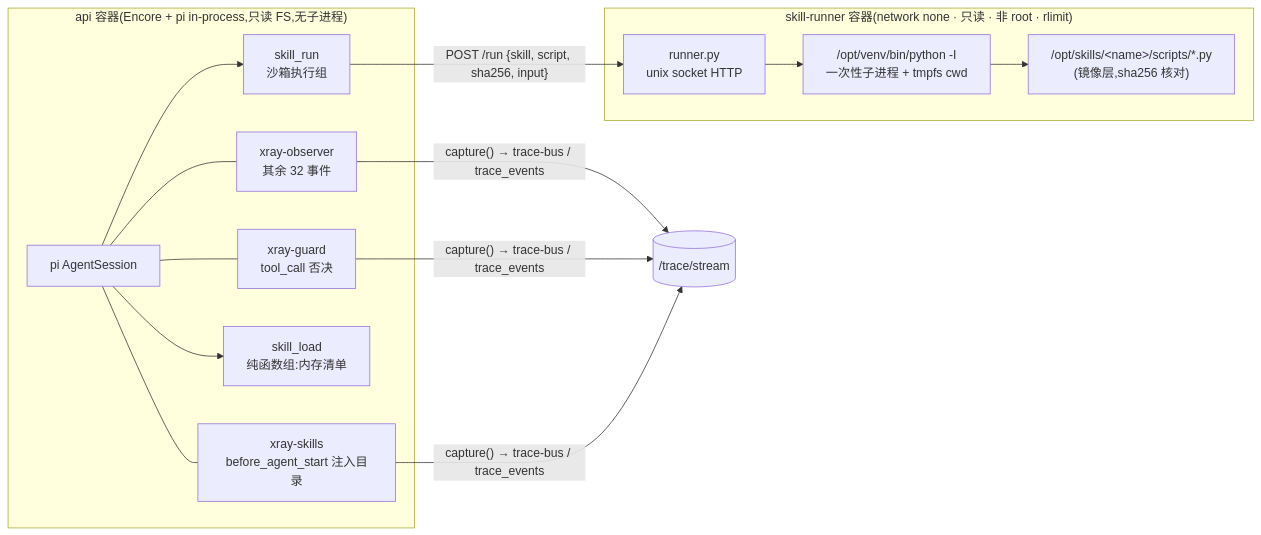
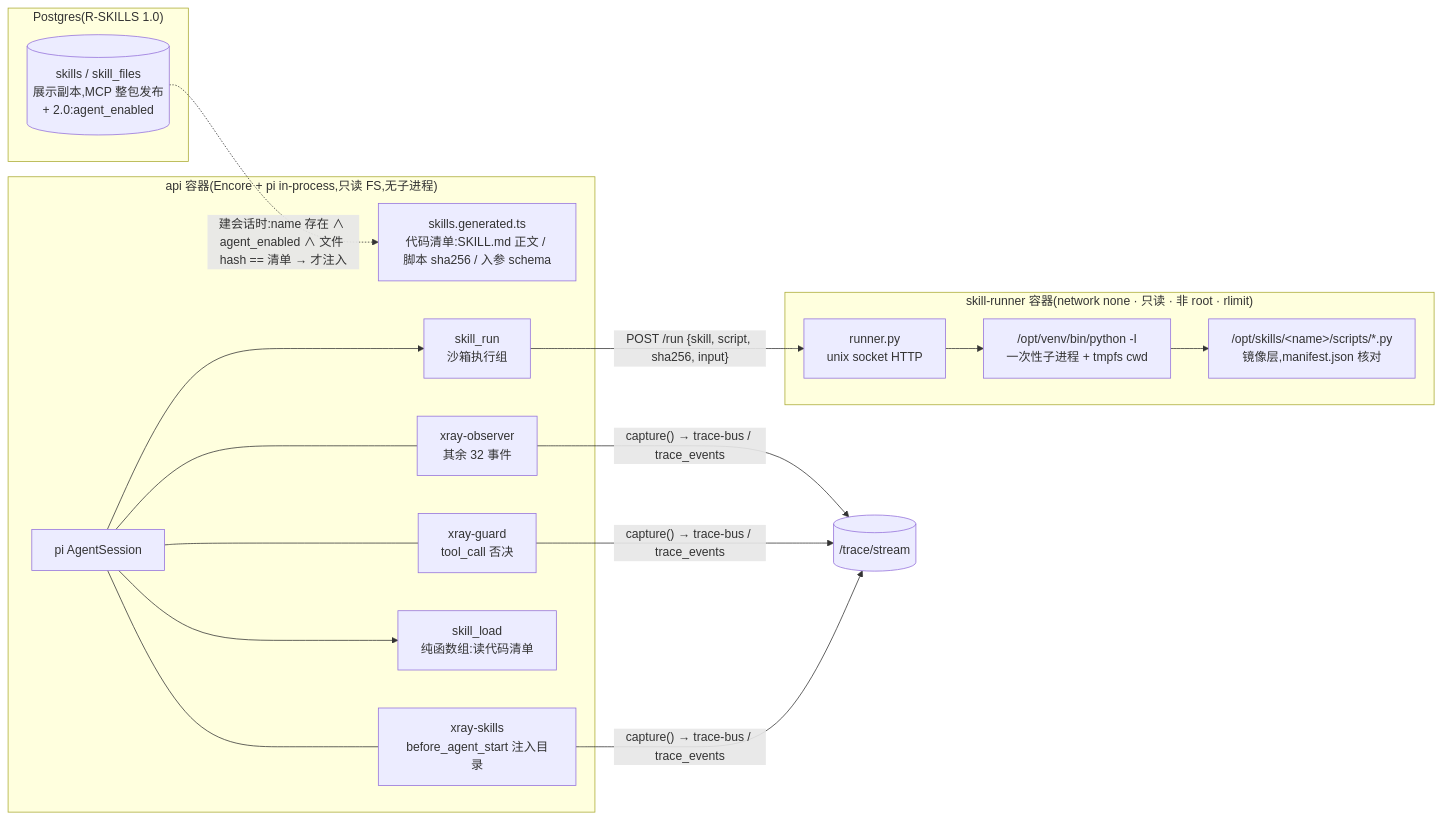
The diagram in rounds/round-skills/research.md (ClickPM/agent-xray), drawn with Mermaid before and after one commit. The commit also changed other lines of this file and 8 other files, not shown here.

First line of the commit message:
docs(round-skills-2): 落所有者七条裁定 —— agent 使用 skills(注入 + 沙箱运行)作为 round-skills 的 2.0 迭代(未写代码)

````diff
--- a/rounds/round-skills/research.md
+++ b/rounds/round-skills/research.md
@@ -49,22 +45,26 @@
 ```mermaid
 flowchart LR
+  subgraph db["Postgres(R-SKILLS 1.0)"]
+    T[(skills / skill_files<br/>展示副本,MCP 整包发布<br/>+ 2.0:agent_enabled)]
+  end
   subgraph api["api 容器(Encore + pi in-process,只读 FS,无子进程)"]
+    M["skills.generated.ts<br/>代码清单:SKILL.md 正文 / 脚本 sha256 / 入参 schema"]
     P[pi AgentSession]
     S[xray-skills<br/>before_agent_start 注入目录]
     O[xray-observer<br/>其余 32 事件]
     G[xray-guard<br/>tool_call 否决]
-    L[skill_load<br/>纯函数组:内存清单]
+    L[skill_load<br/>纯函数组:读代码清单]
     R[skill_run<br/>沙箱执行组]
     P --- S & O & G
-    P --> L
-    P --> R
+    P --> L & R
   end
   subgraph runner["skill-runner 容器(network none · 只读 · 非 root · rlimit)"]
     H[runner.py<br/>unix socket HTTP]
     V["/opt/venv/bin/python -I<br/>一次性子进程 + tmpfs cwd"]
-    K["/opt/skills/&lt;name&gt;/scripts/*.py<br/>(镜像层,sha256 核对)"]
+    K["/opt/skills/&lt;name&gt;/scripts/*.py<br/>镜像层,manifest.json 核对"]
     H --> V --> K
   end
+  T -. "建会话时:name 存在 ∧ agent_enabled ∧ 文件 hash == 清单 → 才注入" .-> M
   R -- "POST /run {skill, script, sha256, input}" --> H
-  O & G & S -- "capture() → trace-bus / trace_events" --> T[(/trace/stream)]
+  O & G & S -- "capture() → trace-bus / trace_events" --> X[(/trace/stream)]
 ```
````
